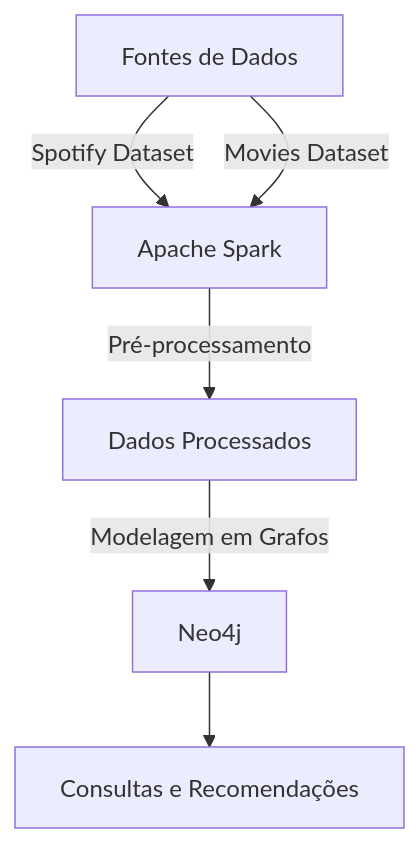
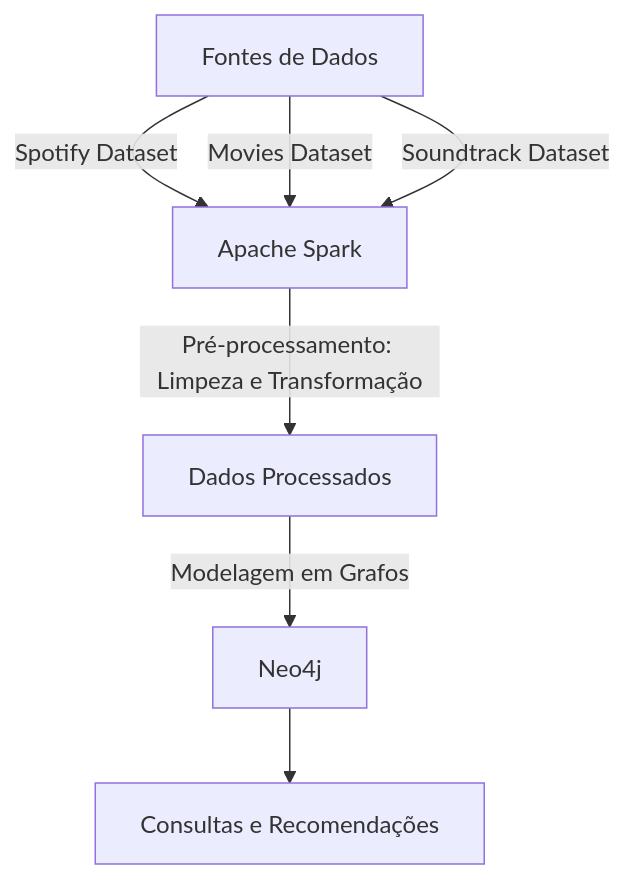
The diagram in README.md (BeatrizPat/UFSCar-CC-So-PMD2025-Grupo05), drawn with Mermaid before and after one commit. The commit also changed other lines of this file, not shown here.

````diff
--- a/README.md
+++ b/README.md
@@ -34,8 +38,9 @@
 ```mermaid
 graph TD
     A[Fontes de Dados] -->|Spotify Dataset| B[Apache Spark]
     A -->|Movies Dataset| B
-    B -->|Pré-processamento| C[Dados Processados]
+    A -->|Soundtrack Dataset| B
+    B -->|Pré-processamento: Limpeza e Transformação| C[Dados Processados]
     C -->|Modelagem em Grafos| D[Neo4j]
     D --> E[Consultas e Recomendações]
 ```
````
